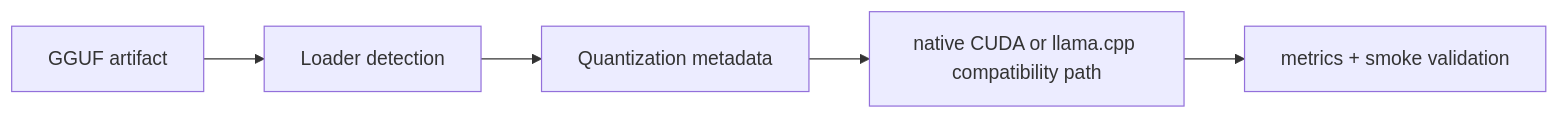
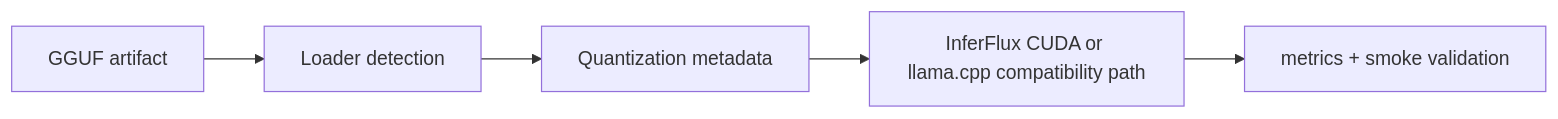
Before and after one commit to vjsingh1984/inferflux: the diagram in docs/GGUF_NATIVE_KERNEL_IMPLEMENTATION.md, drawn with Mermaid. The commit also changed other lines of this file and 98 other files, not shown here.

````diff
--- a/docs/GGUF_NATIVE_KERNEL_IMPLEMENTATION.md
+++ b/docs/GGUF_NATIVE_KERNEL_IMPLEMENTATION.md
@@ -7,7 +7,7 @@
 ```mermaid
 flowchart LR
     A[GGUF artifact] --> B[Loader detection]
     B --> C[Quantization metadata]
-    C --> D[native CUDA or llama.cpp compatibility path]
+    C --> D[InferFlux CUDA or llama.cpp compatibility path]
     D --> E[metrics + smoke validation]
 ```
````
